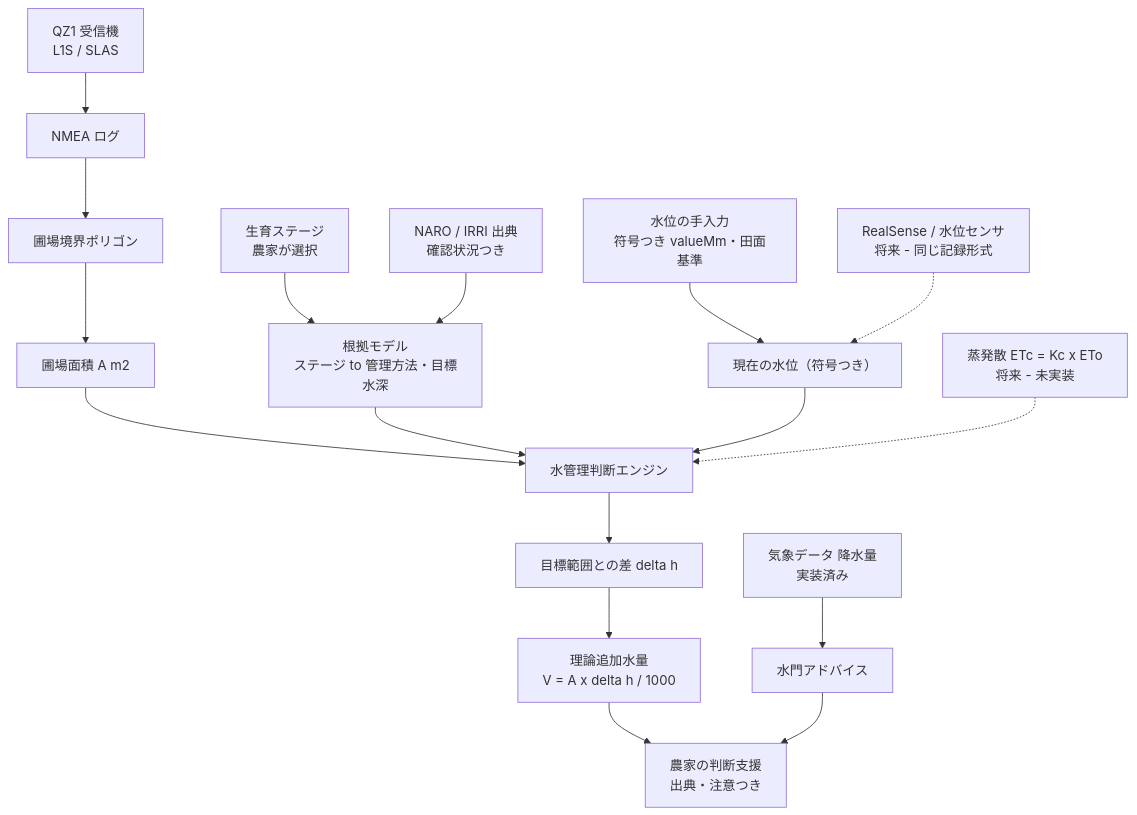
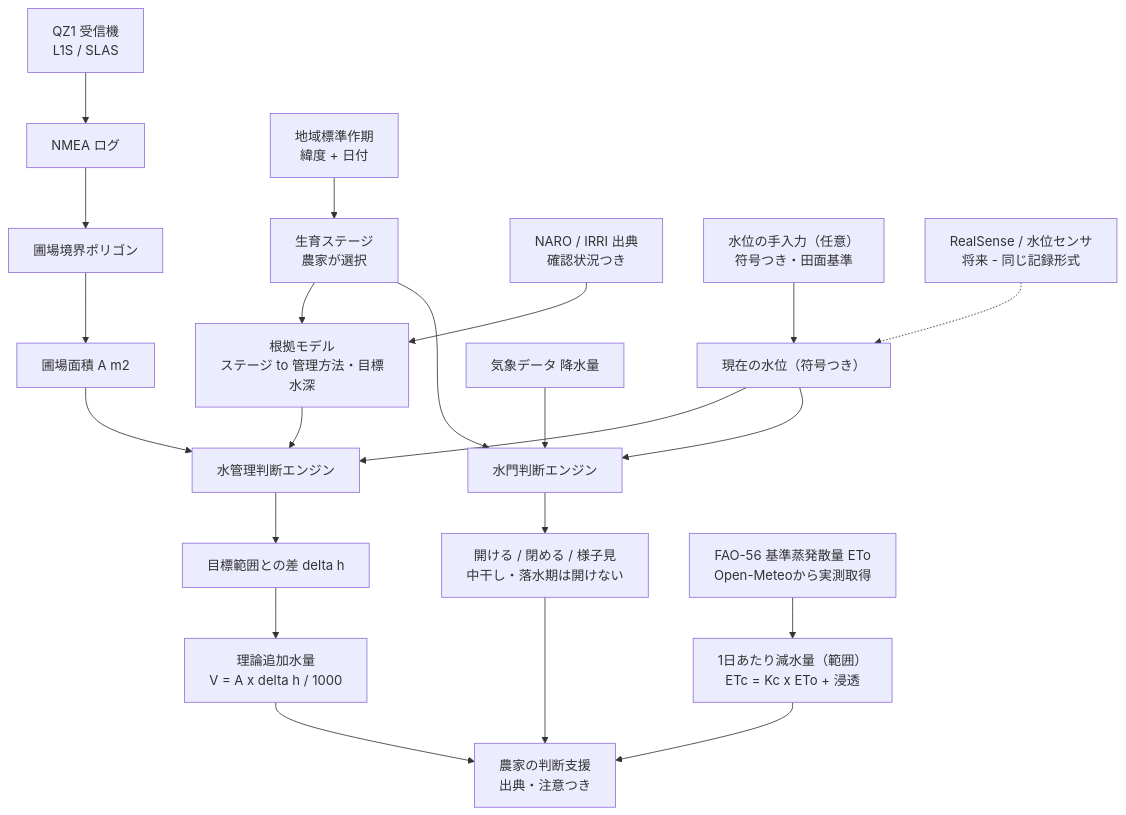
Before and after one commit to Klayertan/michibiki-suimon-navi: the diagram in README.md, drawn with Mermaid. The commit also changed other lines of this file and 10 other files, not shown here.

First line of the commit message:
feat(water): optional water level, calendar-based stage, ET-aware gate decision

````diff
--- a/README.md
+++ b/README.md
@@ -40,24 +40,29 @@
 ```mermaid
 flowchart TD
     QZ1["QZ1 受信機<br/>L1S / SLAS"] --> NMEA["NMEA ログ"]
     NMEA --> Boundary["圃場境界ポリゴン"]
     Boundary --> Area["圃場面積 A m2"]
 
     Stage["生育ステージ<br/>農家が選択"] --> Rules["根拠モデル<br/>ステージ to 管理方法・目標水深"]
     Research["NARO / IRRI 出典<br/>確認状況つき"] --> Rules
 
-    Manual["水位の手入力<br/>符号つき valueMm・田面基準"] --> Current["現在の水位（符号つき）"]
+    Cal["地域標準作期<br/>緯度 + 日付"] --> Stage
+    Manual["水位の手入力（任意）<br/>符号つき・田面基準"] --> Current["現在の水位（符号つき）"]
     Sensor["RealSense / 水位センサ<br/>将来 - 同じ記録形式"] -.-> Current
 
     Area --> Engine["水管理判断エンジン"]
     Rules --> Engine
     Current --> Engine
 
     Engine --> Delta["目標範囲との差 delta h"]
     Delta --> Volume["理論追加水量<br/>V = A x delta h / 1000"]
     Volume --> Decision["農家の判断支援<br/>出典・注意つき"]
 
-    Weather["気象データ 降水量<br/>実装済み"] --> Gate["水門アドバイス"]
+    Weather["気象データ 降水量"] --> GateEng["水門判断エンジン"]
+    Stage --> GateEng
+    Current --> GateEng
+    GateEng --> Gate["開ける / 閉める / 様子見<br/>中干し・落水期は開けない"]
     Gate --> Decision
-    ET["蒸発散 ETc = Kc x ETo<br/>将来 - 未実装"] -.-> Engine
+    ETo["FAO-56 基準蒸発散量 ETo<br/>Open-Meteoから実測取得"] --> Loss["1日あたり減水量（範囲）<br/>ETc = Kc x ETo + 浸透"]
+    Loss --> Decision
 ```
````
